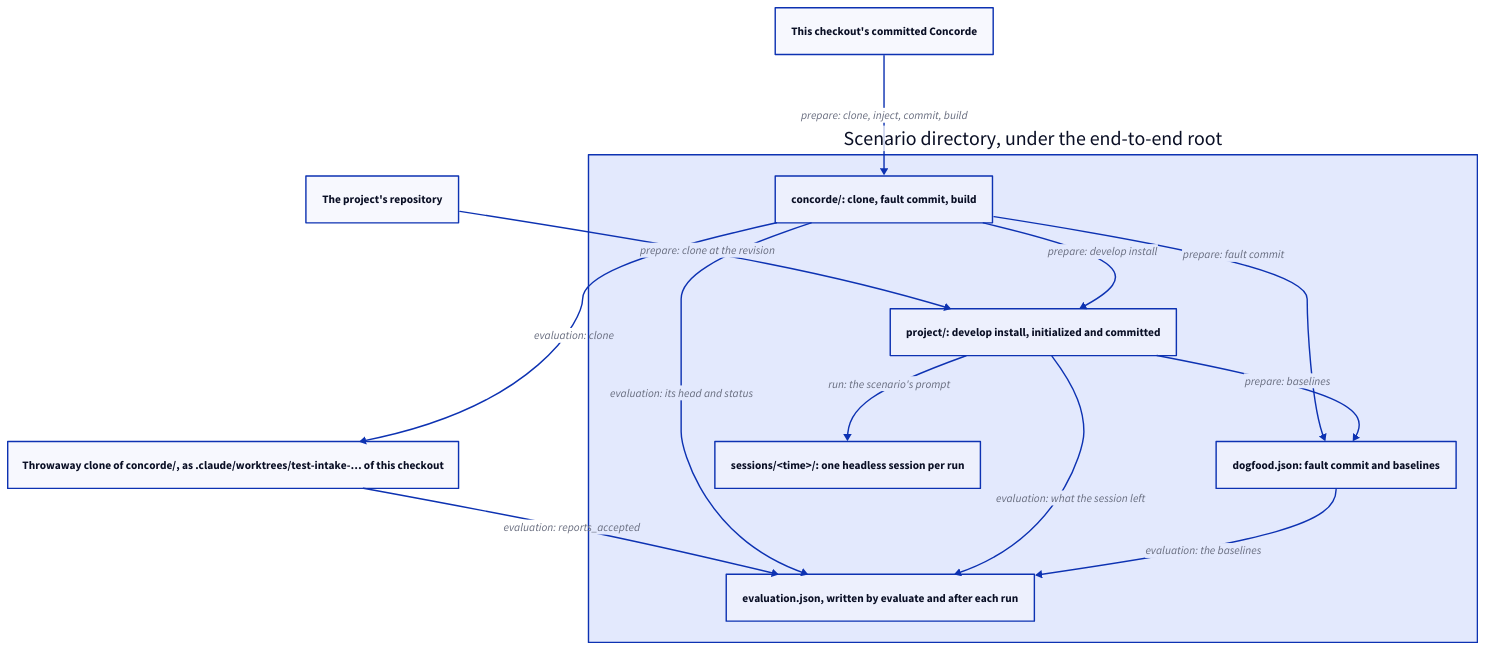
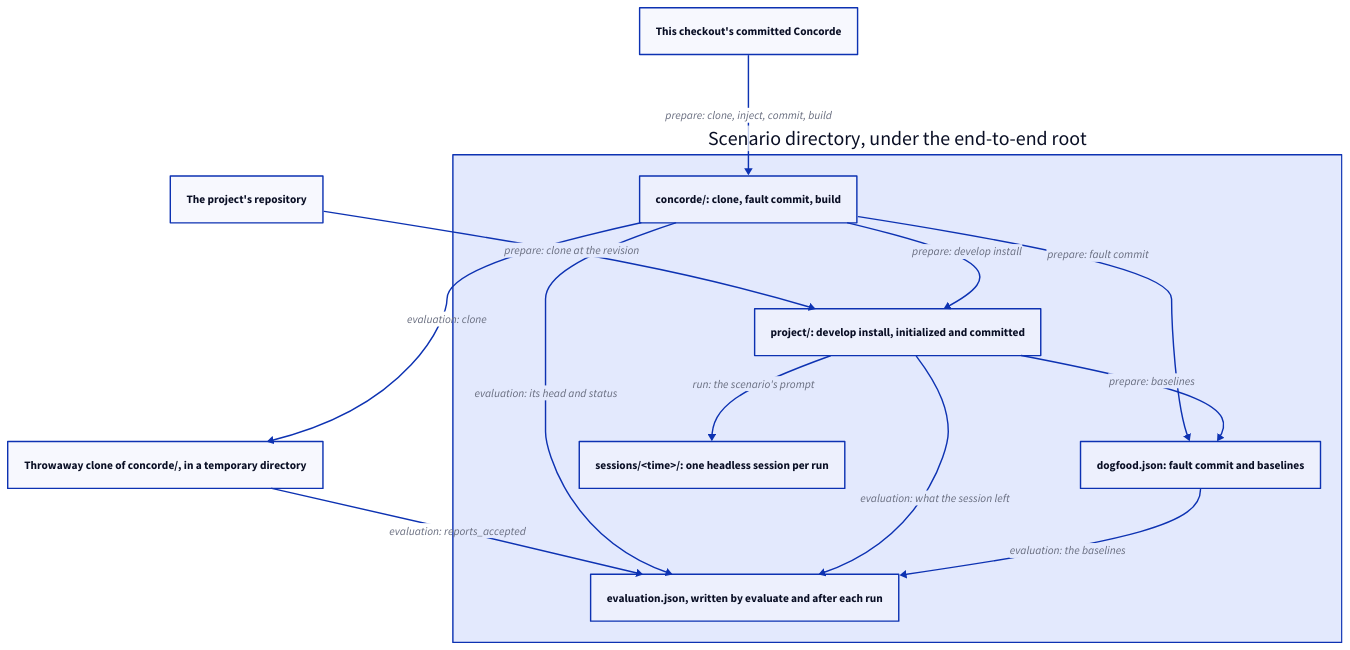
One commit to FTOD/concorde changed the second of 2 diagrams in specs/concorde/e2e/dogfood/module.md. Above: the diagram before and after it, drawn with D2. The commit also changed other lines of this file and 7 other files, not shown here.

First line of the commit message:
Keep test projects in the temporary directory, never inside the checkout

````diff
--- a/specs/concorde/e2e/dogfood/module.md
+++ b/specs/concorde/e2e/dogfood/module.md
@@ -97,24 +96,24 @@
 ```d2 illustrative
 direction: down
 checkout: "This checkout's committed Concorde"
 upstream: "The project's repository"
 dir: "Scenario directory, under the end-to-end root" {
   concorde: "concorde/: clone, fault commit, build"
   project: "project/: develop install, initialized and committed"
   record: "dogfood.json: fault commit and baselines"
   sessions: "sessions/<time>/: one headless session per run"
   evaluation: "evaluation.json, written by evaluate and after each run"
 }
-throwaway: "Throwaway clone of concorde/, as .claude/worktrees/test-intake-… of this checkout"
+throwaway: "Throwaway clone of concorde/, in a temporary directory"
 checkout -> dir.concorde: "prepare: clone, inject, commit, build"
 upstream -> dir.project: "prepare: clone at the revision"
 dir.concorde -> dir.project: "prepare: develop install"
 dir.concorde -> dir.record: "prepare: fault commit"
 dir.project -> dir.record: "prepare: baselines"
 dir.project -> dir.sessions: "run: the scenario's prompt"
 dir.concorde -> throwaway: "evaluation: clone"
 throwaway -> dir.evaluation: "evaluation: reports_accepted"
 dir.concorde -> dir.evaluation: "evaluation: its head and status"
 dir.project -> dir.evaluation: "evaluation: what the session left"
 dir.record -> dir.evaluation: "evaluation: the baselines"
 ```
````
